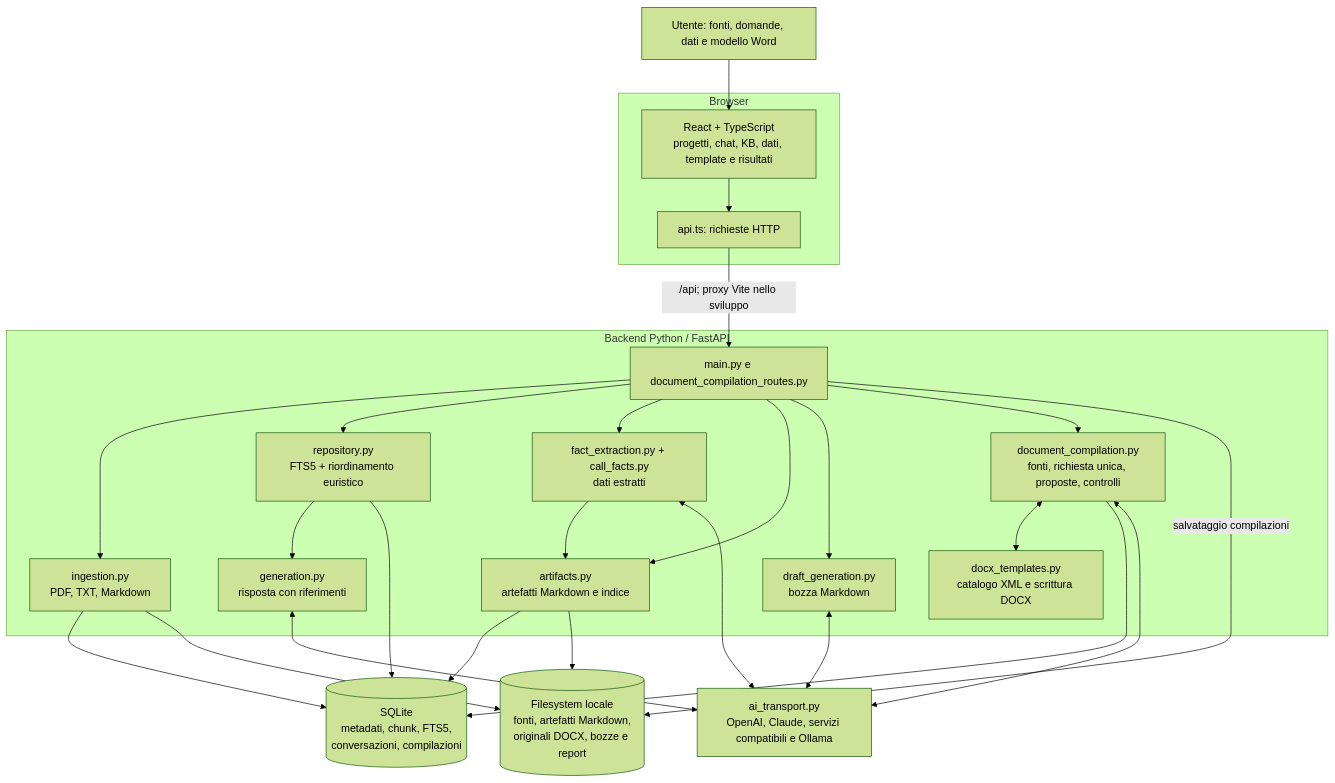
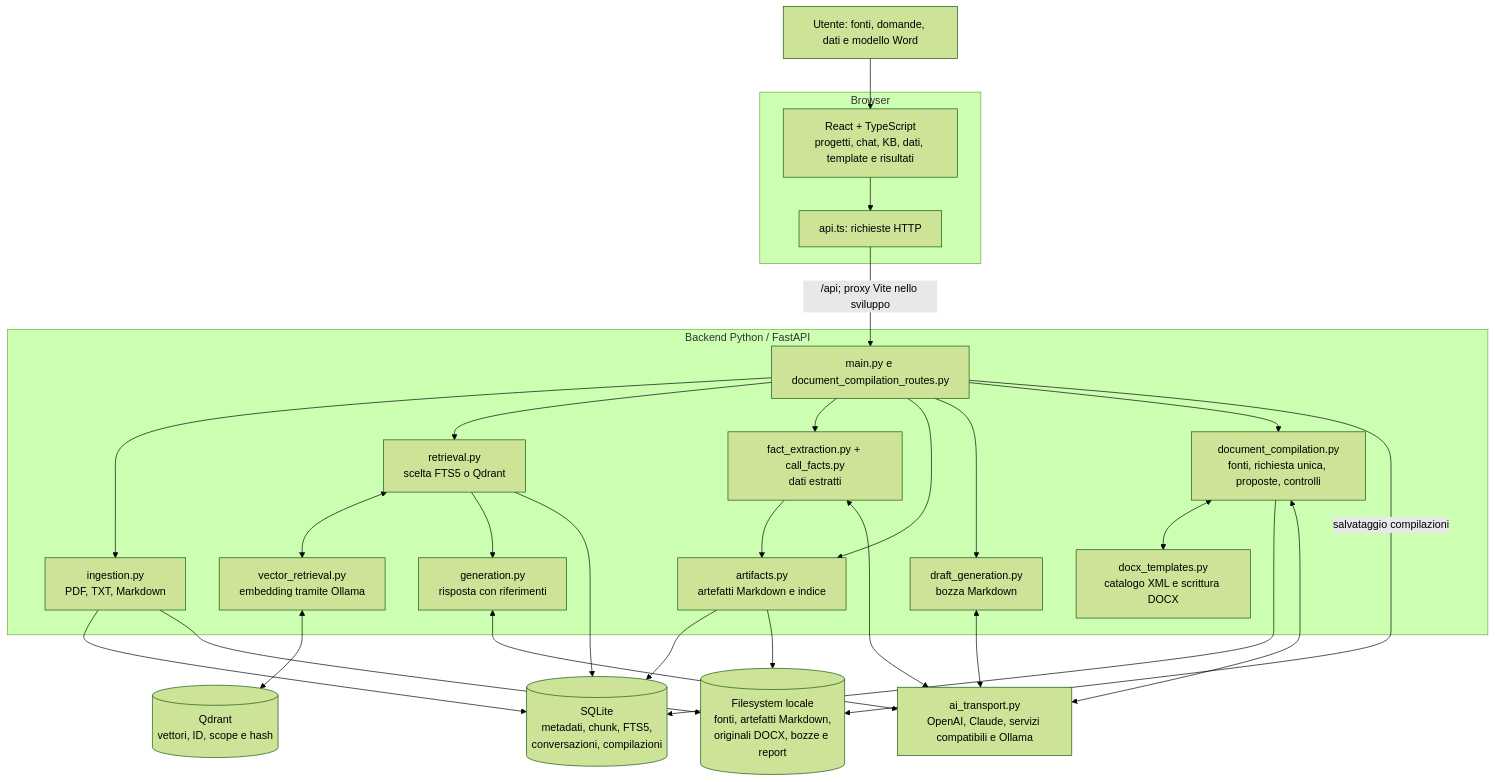
The first of 6 diagrams in architettura.md (MontesanoDev/Tesi), drawn with Mermaid (forest theme) before and after one commit. The commit also changed other lines of this file and 23 other files, not shown here.

Commit message:
feat: add configurable Qdrant retrieval with local Ollama embeddings

````diff
--- a/architettura.md
+++ b/architettura.md
@@ -29,44 +30,48 @@
 ```mermaid
 flowchart TB
     U["Utente: fonti, domande, dati e modello Word"] --> UI
     subgraph Browser["Browser"]
         UI["React + TypeScript<br/>progetti, chat, KB, dati, template e risultati"]
         CLIENT["api.ts: richieste HTTP"]
         UI --> CLIENT
     end
     CLIENT -->|"/api; proxy Vite nello sviluppo"| API
     subgraph Backend["Backend Python / FastAPI"]
         API["main.py e document_compilation_routes.py"]
         ING["ingestion.py<br/>PDF, TXT, Markdown"]
-        RET["repository.py<br/>FTS5 + riordinamento euristico"]
+        RET["retrieval.py<br/>scelta FTS5 o Qdrant"]
+        EMB["vector_retrieval.py<br/>embedding tramite Ollama"]
         FACT["fact_extraction.py + call_facts.py<br/>dati estratti"]
         ART["artifacts.py<br/>artefatti Markdown e indice"]
         CHAT["generation.py<br/>risposta con riferimenti"]
         MD["draft_generation.py<br/>bozza Markdown"]
         COMP["document_compilation.py<br/>fonti, richiesta unica, proposte, controlli"]
         WORD["docx_templates.py<br/>catalogo XML e scrittura DOCX"]
         API --> ING
         API --> RET
+        RET <--> EMB
         API --> FACT
         API --> ART
         API --> MD
         API --> COMP
         RET --> CHAT
         COMP <--> WORD
         FACT --> ART
     end
     DB[("SQLite<br/>metadati, chunk, FTS5,<br/>conversazioni, compilazioni")]
+    VDB[("Qdrant<br/>vettori, ID, scope e hash")]
     FS[("Filesystem locale<br/>fonti, artefatti Markdown,<br/>originali DOCX, bozze e report")]
     LLM["ai_transport.py<br/>OpenAI, Claude, servizi compatibili e Ollama"]
     ING --> DB
     ING --> FS
     RET --> DB
+    EMB <--> VDB
     ART --> DB
     ART --> FS
     COMP --> DB
     API -->|"salvataggio compilazioni"| FS
     CHAT <--> LLM
     FACT <--> LLM
     MD <--> LLM
     COMP <--> LLM
 ```
````
